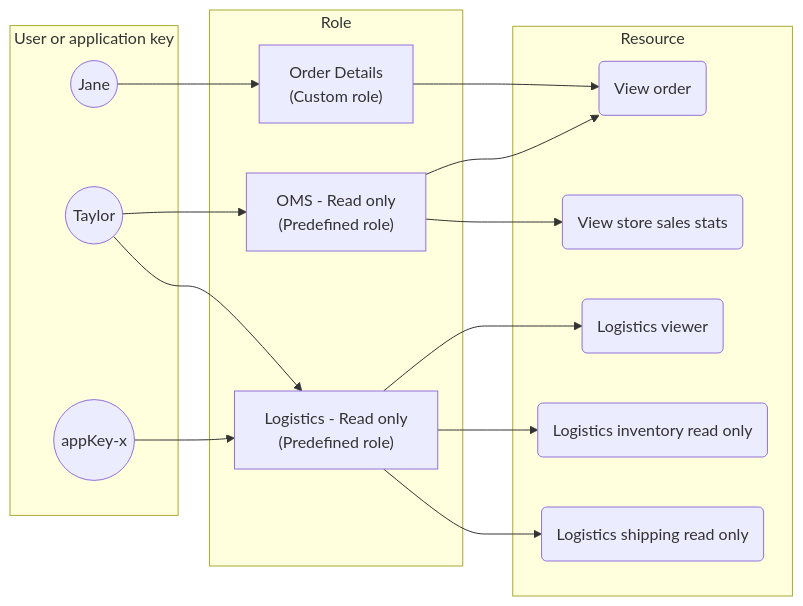
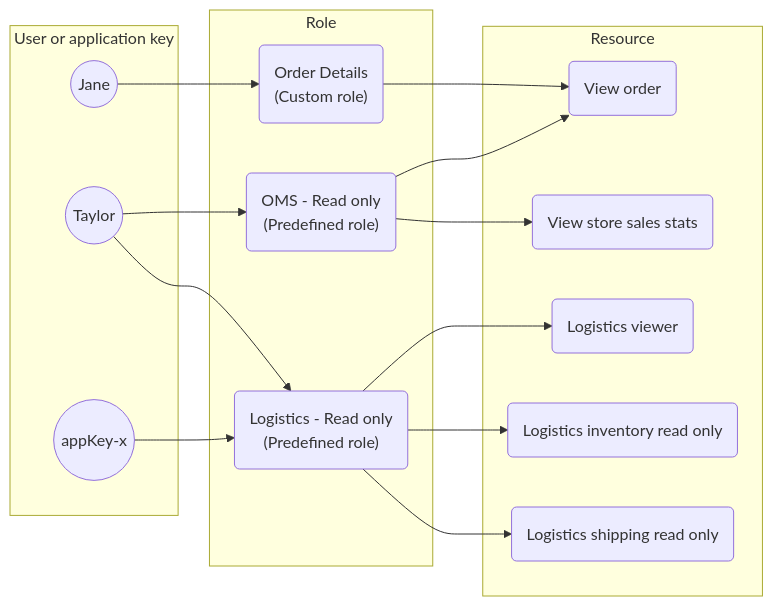
One commit to vtexdocs/dev-portal-content changed the diagram in docs/guides/VTEX-Platform-Overview/security.md. Above: the diagram before and after it, drawn with Mermaid. The commit also changed other lines of this file, not shown here.

````diff
--- a/docs/guides/VTEX-Platform-Overview/security.md
+++ b/docs/guides/VTEX-Platform-Overview/security.md
@@ -85,33 +85,33 @@
 ```mermaid
 graph LR
 subgraph User or application key
 A((Jane))
 B((Taylor))
 C((appKey-x))
 end
 
 subgraph Role
-D["Order Details
-(Custom role)"]
-E["OMS - Read only
-(Predefined role)"]
-F["Logistics - Read only
-(Predefined role)"]
+D(Order Details
+&lpar;Custom role&rpar;)
+E(OMS - Read only
+&lpar;Predefined role&rpar;)
+F(Logistics - Read only
+&lpar;Predefined role&rpar;)
 end
 
 subgraph Resource
 G(View store sales stats)
 H(View order)
 I(Logistics viewer)
 J(Logistics inventory read only)
 K(Logistics shipping read only)
 end
 
 A --> D --> H
 B --> E --> H
 E --> G
 C --> F --> I
 B --> F
 F --> J
 F --> K
 ```
````
